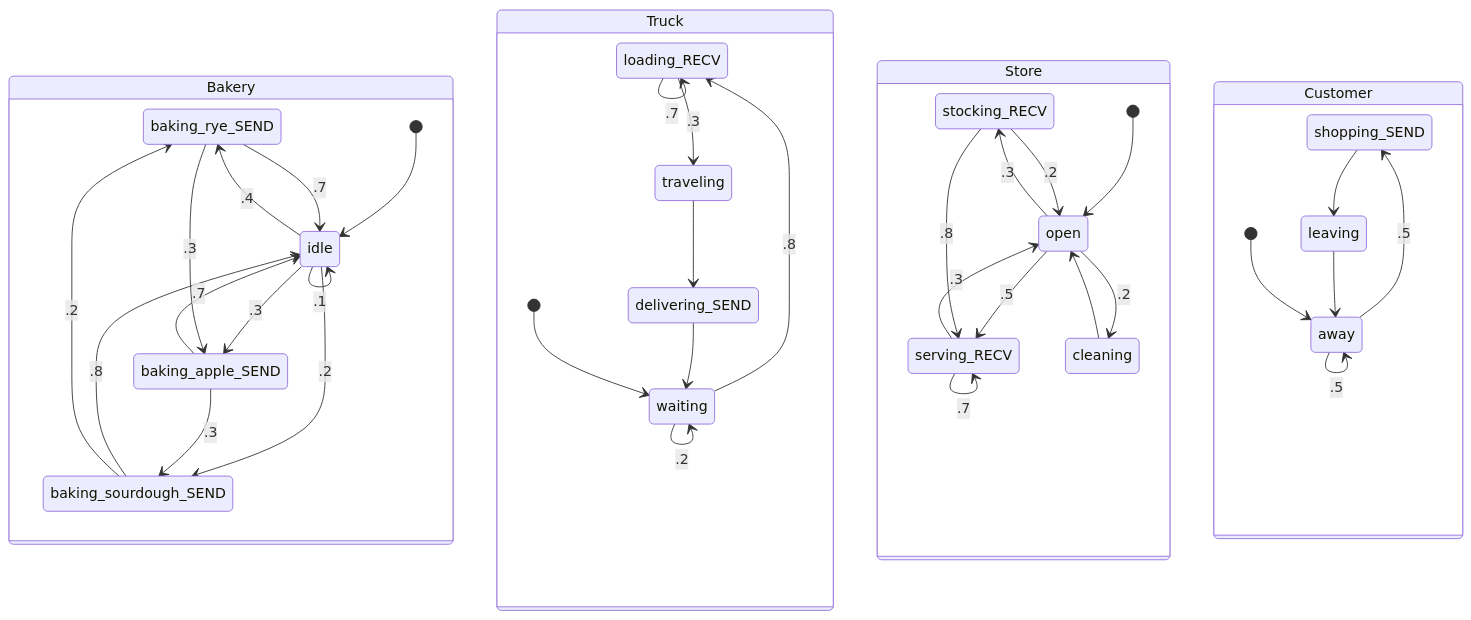
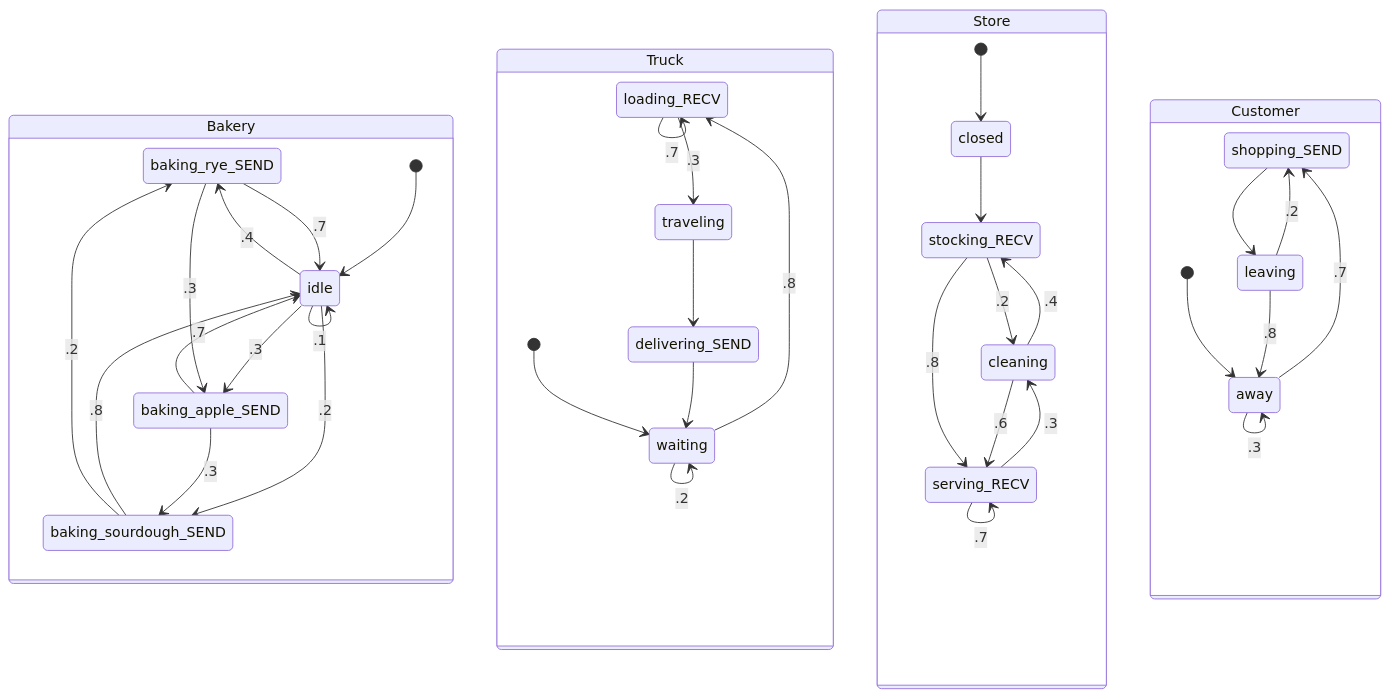
The first of 3 diagrams in z3/run.md (rfielding/ctl), drawn with Mermaid before and after one commit. The commit also changed other lines of this file and 1 other file, not shown here.

Commit message:
we need a schedule so that trucks populate the store before customers come in

````diff
--- a/z3/run.md
+++ b/z3/run.md
@@ -347,62 +341,62 @@
 ```mermaid
 stateDiagram-v2
     state Bakery {
         Bakery_baking_rye : baking_rye_SEND
         Bakery_baking_apple : baking_apple_SEND
         Bakery_baking_sourdough : baking_sourdough_SEND
         Bakery_idle : idle
         [*] --> Bakery_idle
         Bakery_idle --> Bakery_baking_rye : .4
         Bakery_idle --> Bakery_baking_apple : .3
         Bakery_idle --> Bakery_baking_sourdough : .2
         Bakery_idle --> Bakery_idle : .1
         Bakery_baking_rye --> Bakery_idle : .7
         Bakery_baking_rye --> Bakery_baking_apple : .3
         Bakery_baking_apple --> Bakery_idle : .7
         Bakery_baking_apple --> Bakery_baking_sourdough : .3
         Bakery_baking_sourdough --> Bakery_idle : .8
         Bakery_baking_sourdough --> Bakery_baking_rye : .2
     }
 
     state Truck {
         Truck_loading : loading_RECV
         Truck_traveling : traveling
         Truck_delivering : delivering_SEND
         Truck_waiting : waiting
         [*] --> Truck_waiting
         Truck_waiting --> Truck_loading : .8
         Truck_waiting --> Truck_waiting : .2
         Truck_loading --> Truck_traveling : .3
         Truck_loading --> Truck_loading : .7
         Truck_traveling --> Truck_delivering
         Truck_delivering --> Truck_waiting
     }
 
     state Store {
         Store_stocking : stocking_RECV
         Store_serving : serving_RECV
         Store_cleaning : cleaning
-        Store_open : open
-        [*] --> Store_open
-        Store_open --> Store_stocking : .3
-        Store_open --> Store_serving : .5
-        Store_open --> Store_cleaning : .2
-        Store_stocking --> Store_open : .2
+        Store_closed : closed
+        [*] --> Store_closed
+        Store_closed --> Store_stocking
+        Store_stocking --> Store_cleaning : .2
         Store_stocking --> Store_serving : .8
-        Store_serving --> Store_open : .3
+        Store_serving --> Store_cleaning : .3
         Store_serving --> Store_serving : .7
-        Store_cleaning --> Store_open
+        Store_cleaning --> Store_serving : .6
+        Store_cleaning --> Store_stocking : .4
     }
 
     state Customer {
         Customer_shopping : shopping_SEND
         Customer_leaving : leaving
         Customer_away : away
         [*] --> Customer_away
-        Customer_away --> Customer_away : .5
-        Customer_away --> Customer_shopping : .5
+        Customer_away --> Customer_away : .3
+        Customer_away --> Customer_shopping : .7
         Customer_shopping --> Customer_leaving
-        Customer_leaving --> Customer_away
+        Customer_leaving --> Customer_away : .8
+        Customer_leaving --> Customer_shopping : .2
     }
 
 ```
````
